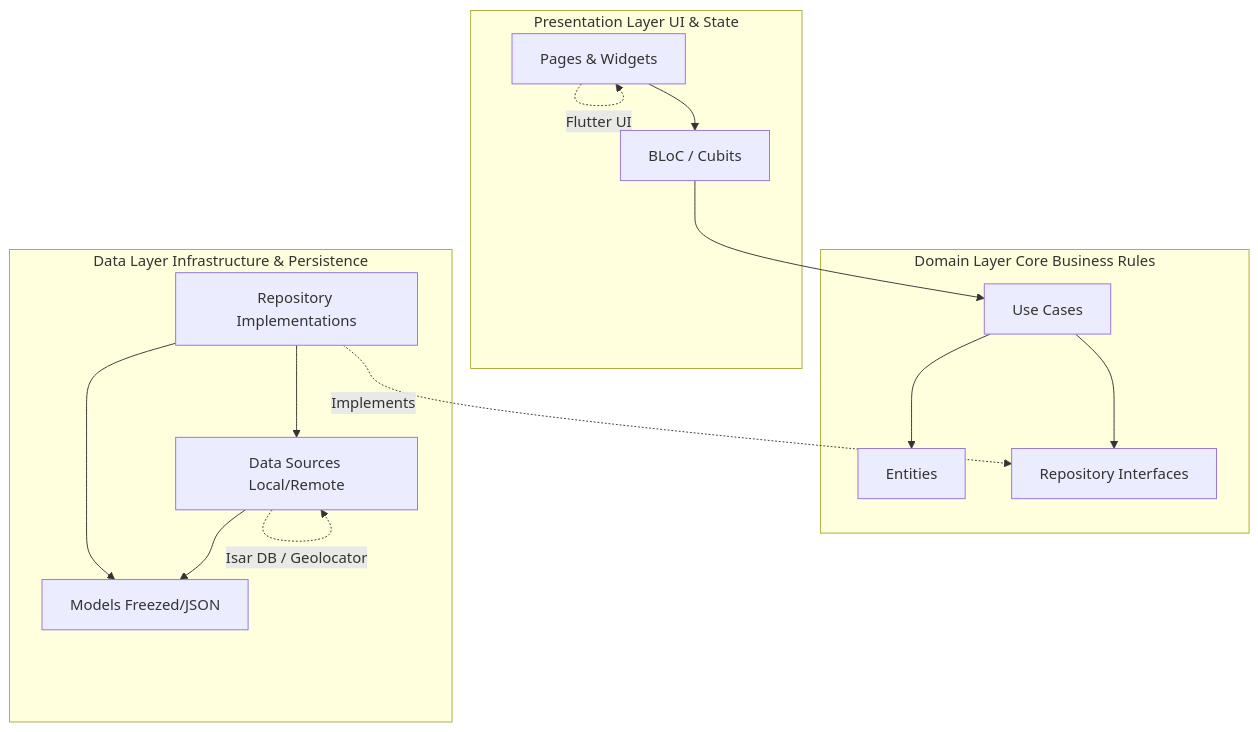
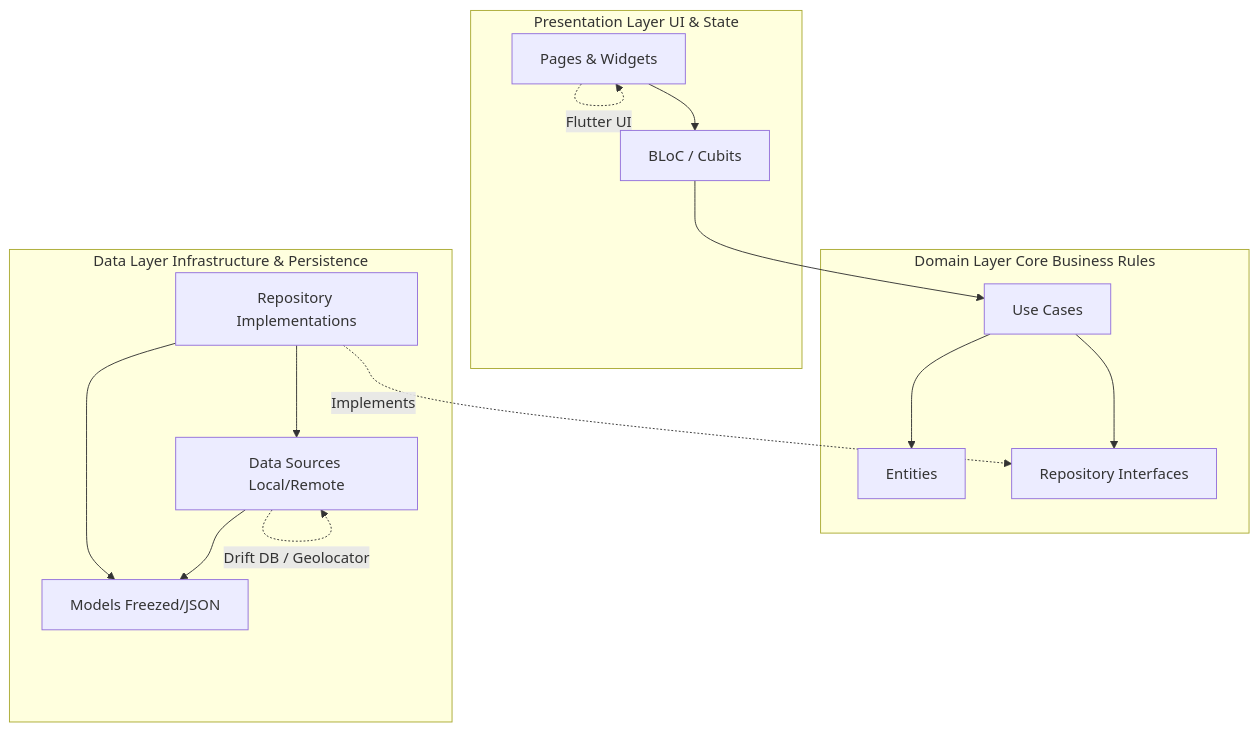
The diagram in .planning/codebase/ARCHITECTURE.md (pavan-marthala/location_reminder), drawn with Mermaid before and after one commit. The commit also changed other lines of this file and 56 other files, not shown here.

````diff
--- a/.planning/codebase/ARCHITECTURE.md
+++ b/.planning/codebase/ARCHITECTURE.md
@@ -19,33 +19,33 @@
 ```mermaid
 graph TD
     subgraph Presentation Layer [Presentation Layer UI & State]
         UI[Pages & Widgets]
         State[BLoC / Cubits]
     end
 
     subgraph Domain Layer [Domain Layer Core Business Rules]
         UC[Use Cases]
         Entity[Entities]
         RepoInt[Repository Interfaces]
     end
 
     subgraph Data Layer [Data Layer Infrastructure & Persistence]
         RepoImpl[Repository Implementations]
         DS[Data Sources Local/Remote]
         Model[Models Freezed/JSON]
     end
 
     %% Dependencies flow
     UI --> State
     State --> UC
     UC --> Entity
     UC --> RepoInt
     RepoImpl -.->|Implements| RepoInt
     RepoImpl --> DS
     RepoImpl --> Model
     DS --> Model
 
     %% External Frameworks
     UI -.->|Flutter UI| UI
-    DS -.->|Isar DB / Geolocator| DS
+    DS -.->|Drift DB / Geolocator| DS
 ```
````
